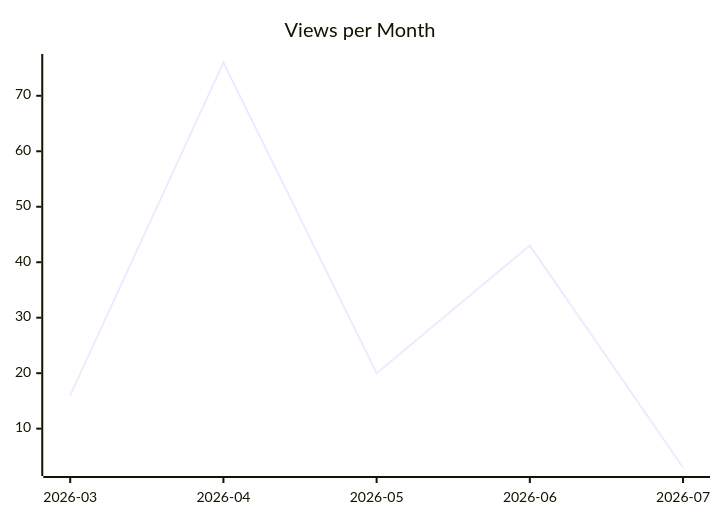
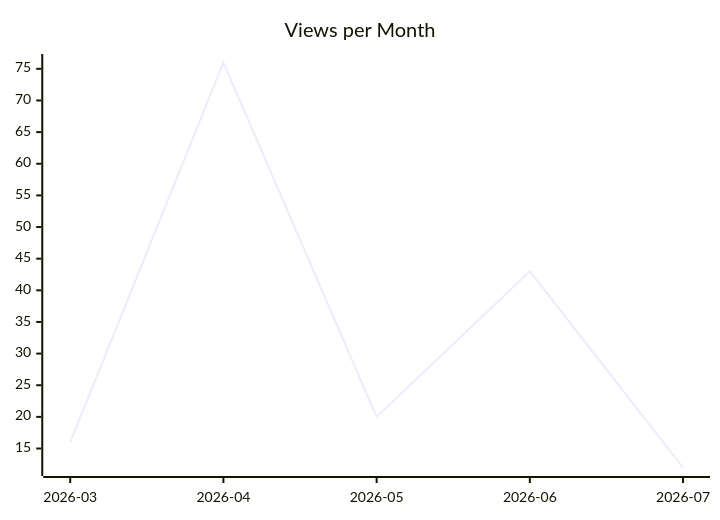
One commit to justdavis-family/github-analytics-data changed the second of 3 diagrams in karlmdavis/ksoap2-android/README.md. Above: the diagram before and after it, drawn with Mermaid. The commit also changed other lines of this file and 182 other files, not shown here.

````diff
--- a/karlmdavis/ksoap2-android/README.md
+++ b/karlmdavis/ksoap2-android/README.md
@@ -12,6 +12,6 @@
 ```mermaid
 xychart-beta
   title "Views per Month"
   x-axis ["2026-03", "2026-04", "2026-05", "2026-06", "2026-07"]
-  line [16, 76, 20, 43, 3]
+  line [16, 76, 20, 43, 12]
 ```
````
